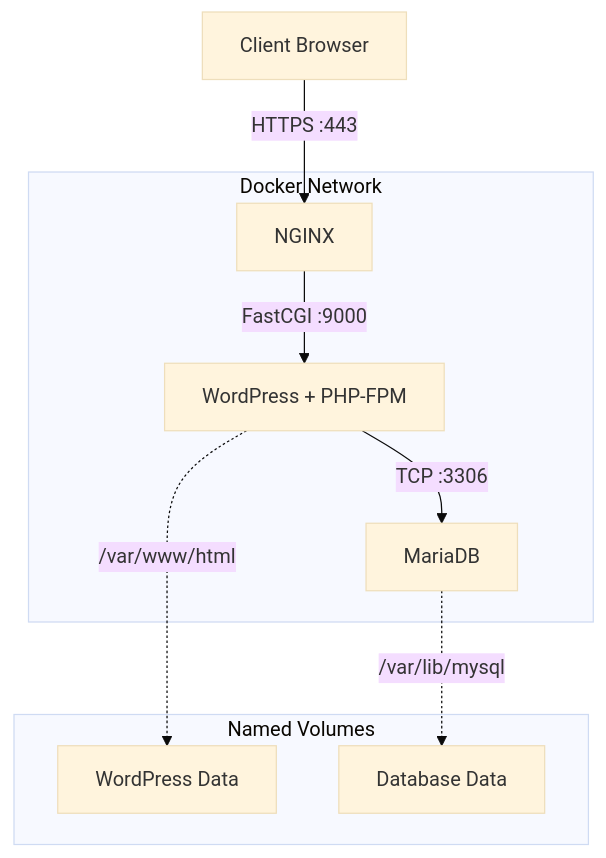
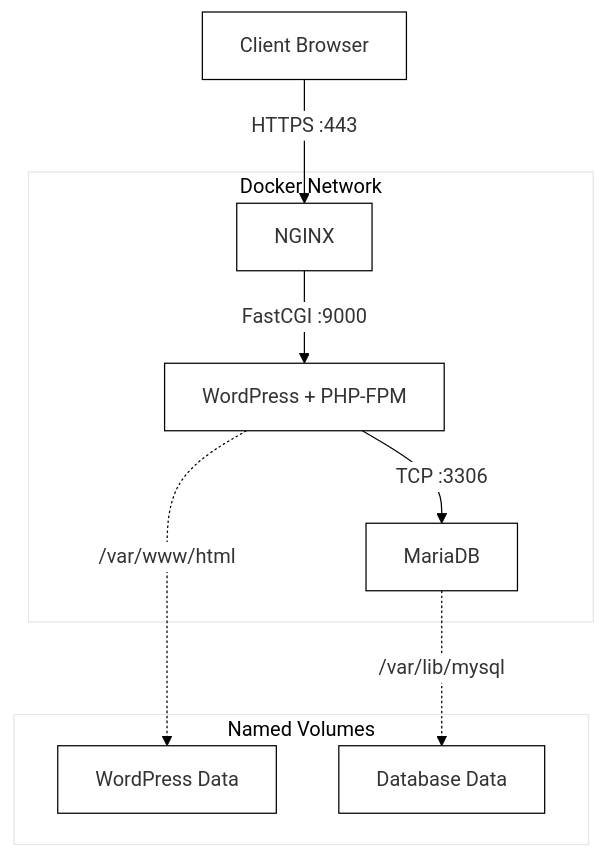
Before and after one commit to pmachado364/Inception: the diagram in README.md, drawn with Mermaid.

Commit message:
Enhance mermaid diagram in README.md with custom theme variables for improved visualization

````diff
--- a/README.md
+++ b/README.md
@@ -36,16 +36,22 @@
 ```mermaid
-%%{init: {'theme':'base'}}%%
+%%{init: {'theme':'base', 'themeVariables': {
+  'primaryColor': '#ffffff',
+  'primaryBorderColor': '#000000',
+  'lineColor': '#000000',
+  'secondaryColor': '#ffffff',
+  'tertiaryColor': '#ffffff'
+}}}%%
 graph TD
 
 Client["Client Browser"] -->|HTTPS :443| NGINX["NGINX"]
 
 subgraph "Docker Network"
 NGINX -->|FastCGI :9000| WP["WordPress + PHP-FPM"]
 WP -->|TCP :3306| DB["MariaDB"]
 end
 
 subgraph "Named Volumes"
 WP -.->|/var/www/html| VolWP["WordPress Data"]
 DB -.->|/var/lib/mysql| VolDB["Database Data"]
 end
 ```
````
